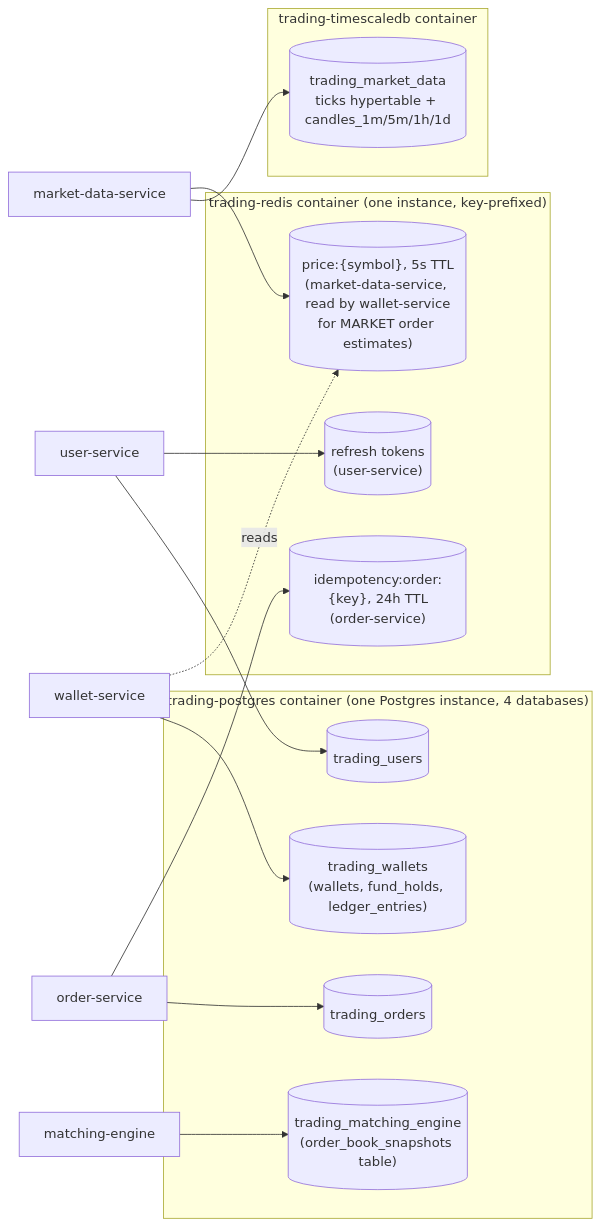
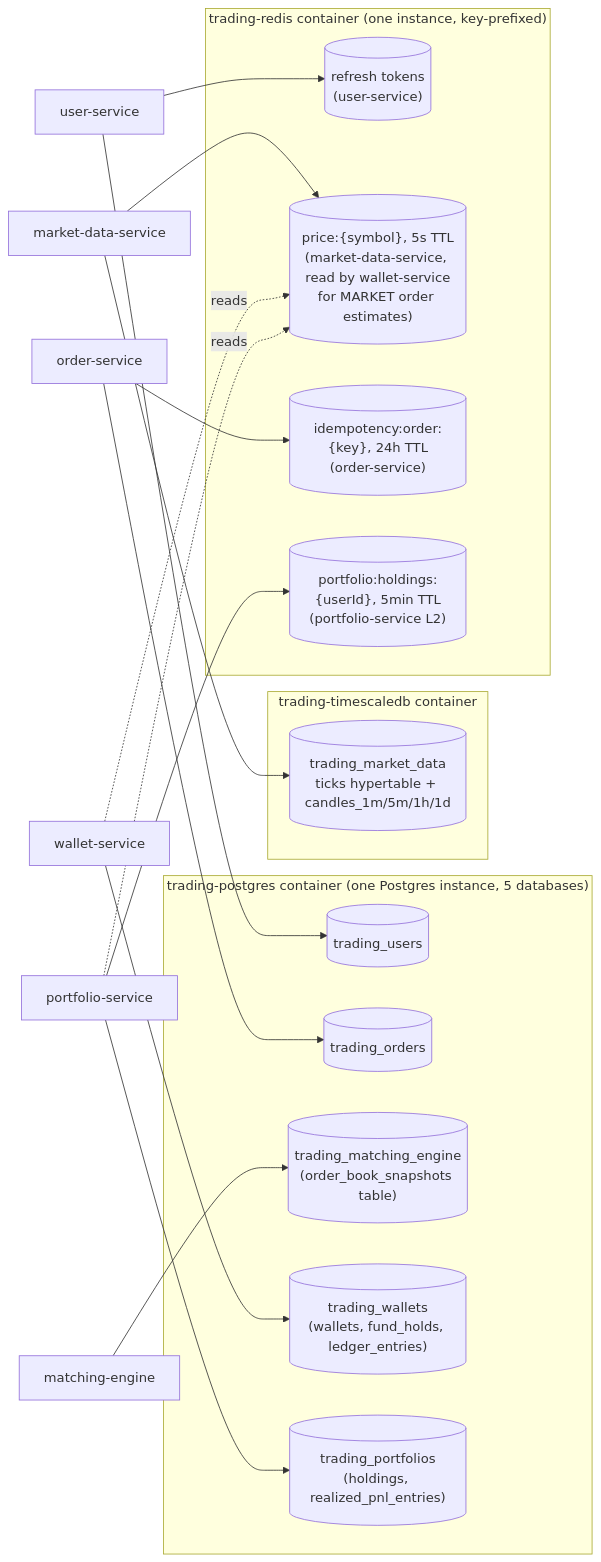
The diagram in diagrams/current-state/data-stores.md (yashchavda57/yc01-trading-platform), drawn with Mermaid before and after one commit. The commit also changed other lines of this file and 26 other files, not shown here.

````diff
--- a/diagrams/current-state/data-stores.md
+++ b/diagrams/current-state/data-stores.md
@@ -7,29 +7,34 @@
 ```mermaid
 flowchart LR
-    subgraph PgContainer["trading-postgres container (one Postgres instance, 4 databases)"]
+    subgraph PgContainer["trading-postgres container (one Postgres instance, 5 databases)"]
         UsersDB[("trading_users")]
         OrdersDB[("trading_orders")]
         MatchingDB[("trading_matching_engine<br/>(order_book_snapshots table)")]
         WalletsDB[("trading_wallets<br/>(wallets, fund_holds, ledger_entries)")]
+        PortfoliosDB[("trading_portfolios<br/>(holdings, realized_pnl_entries)")]
     end
 
     subgraph TsContainer["trading-timescaledb container"]
         MarketDataDB[("trading_market_data<br/>ticks hypertable + candles_1m/5m/1h/1d")]
     end
 
     subgraph RedisContainer["trading-redis container (one instance, key-prefixed)"]
         Sessions[("refresh tokens<br/>(user-service)")]
         PriceCache[("price:{symbol}, 5s TTL<br/>(market-data-service, read by wallet-service<br/>for MARKET order estimates)")]
         Idempotency[("idempotency:order:{key}, 24h TTL<br/>(order-service)")]
+        HoldingsCache[("portfolio:holdings:{userId}, 5min TTL<br/>(portfolio-service L2)")]
     end
 
     User["user-service"] --> UsersDB
     User --> Sessions
     Order["order-service"] --> OrdersDB
     Order --> Idempotency
     Matching["matching-engine"] --> MatchingDB
     MarketData["market-data-service"] --> MarketDataDB
     MarketData --> PriceCache
     Wallet["wallet-service"] --> WalletsDB
     Wallet -. reads .-> PriceCache
+    Portfolio["portfolio-service"] --> PortfoliosDB
+    Portfolio --> HoldingsCache
+    Portfolio -. reads .-> PriceCache
 ```
````
